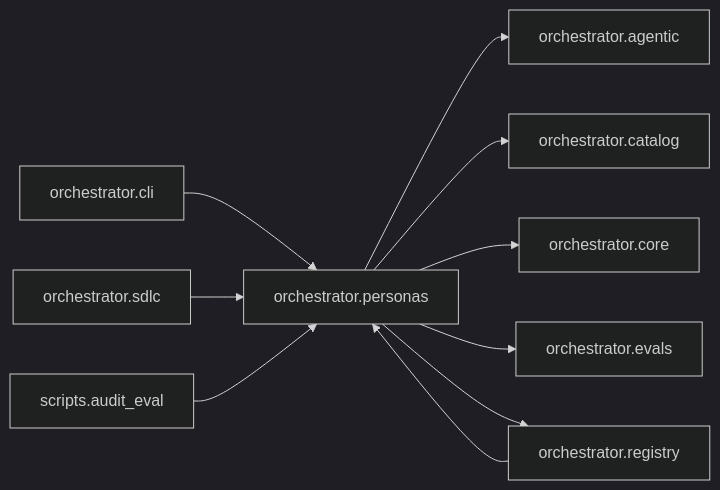
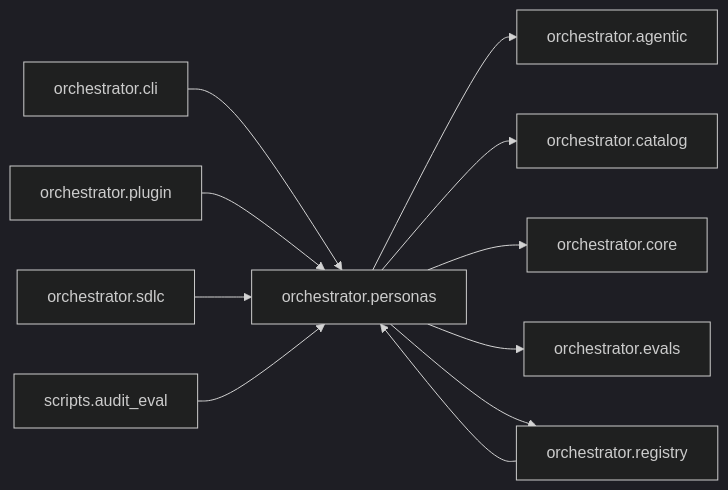
The diagram in episteme/areas/orchestrator.personas.md (synaptixs/spine), drawn with Mermaid (dark theme) before and after one commit. The commit also changed other lines of this file and 26 other files, not shown here.

````diff
--- a/episteme/areas/orchestrator.personas.md
+++ b/episteme/areas/orchestrator.personas.md
@@ -8,21 +8,23 @@
 ```mermaid
 flowchart LR
   n0["orchestrator.personas"]
   n1["orchestrator.cli"]
-  n2["orchestrator.registry"]
-  n3["orchestrator.sdlc"]
-  n4["scripts.audit_eval"]
-  n5["orchestrator.agentic"]
-  n6["orchestrator.catalog"]
-  n7["orchestrator.core"]
-  n8["orchestrator.evals"]
+  n2["orchestrator.plugin"]
+  n3["orchestrator.registry"]
+  n4["orchestrator.sdlc"]
+  n5["scripts.audit_eval"]
+  n6["orchestrator.agentic"]
+  n7["orchestrator.catalog"]
+  n8["orchestrator.core"]
+  n9["orchestrator.evals"]
   n1 --> n0
   n2 --> n0
   n3 --> n0
   n4 --> n0
-  n0 --> n5
+  n5 --> n0
   n0 --> n6
   n0 --> n7
   n0 --> n8
-  n0 --> n2
+  n0 --> n9
+  n0 --> n3
 ```
````
